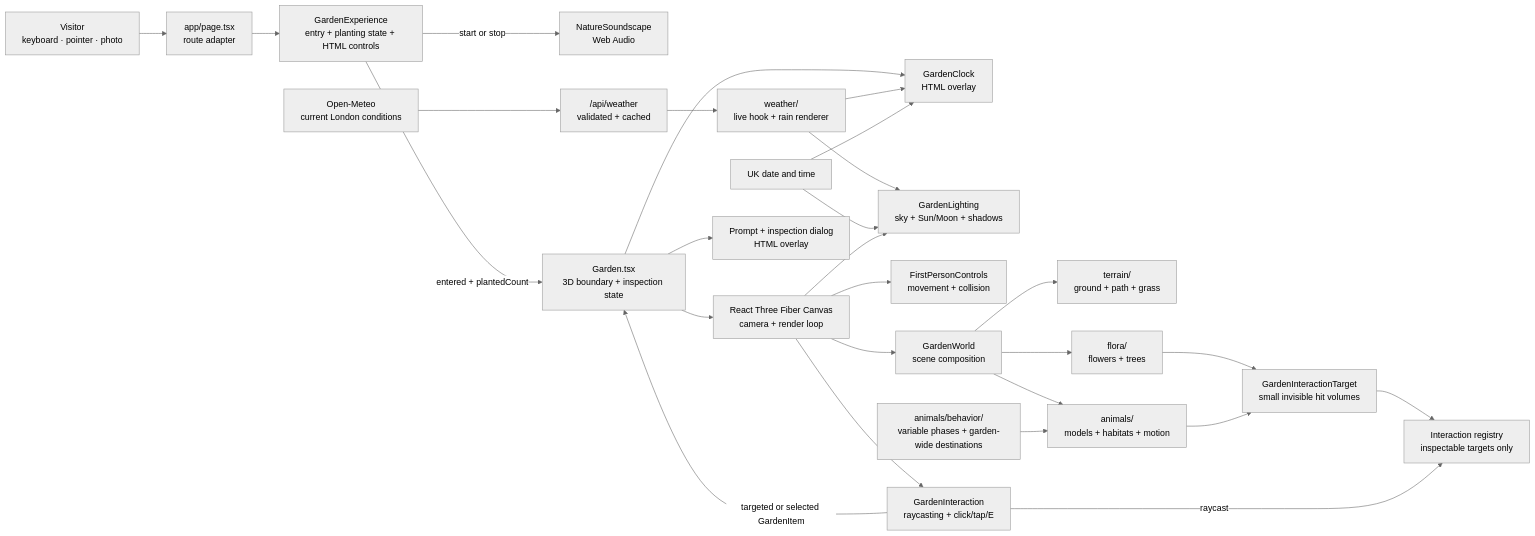
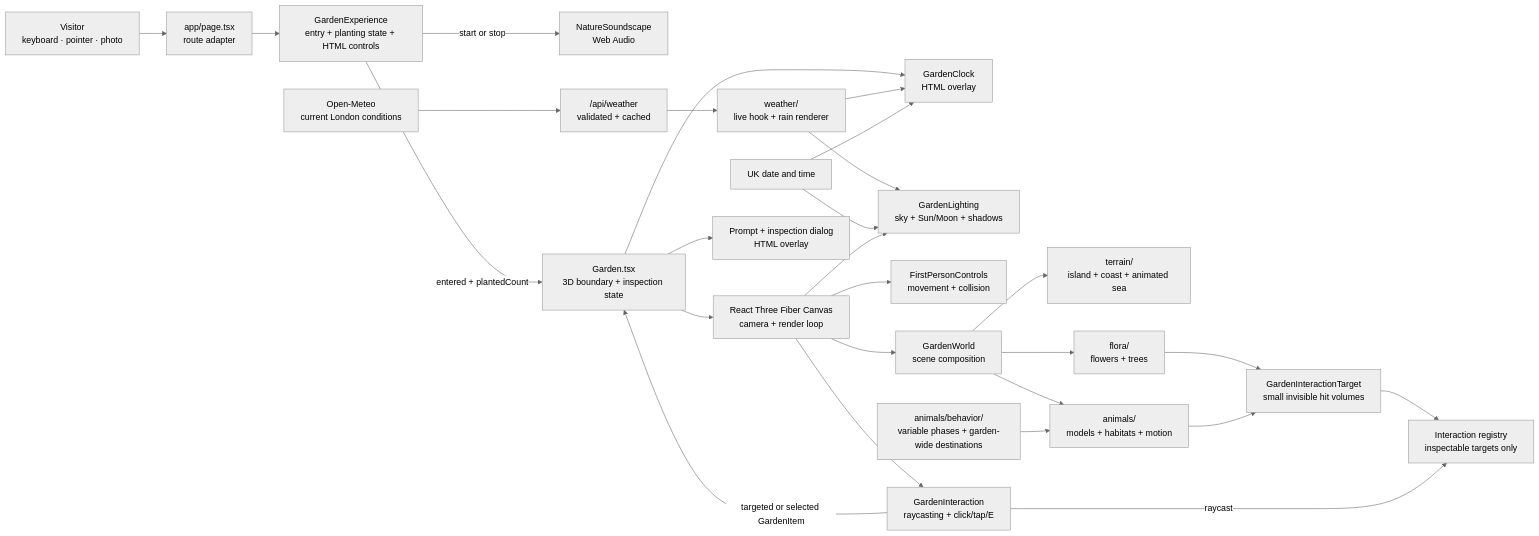
One commit to sophiaxuz/secret-garden changed the diagram in components/garden/README.md. Above: the diagram before and after it, drawn with Mermaid (neutral theme). The commit also changed other lines of this file and 8 other files, not shown here.

Commit message:
feat: surround the garden with an animated sea

````diff
--- a/components/garden/README.md
+++ b/components/garden/README.md
@@ -9,34 +9,34 @@
 ```mermaid
 flowchart LR
     Visitor["Visitor<br/>keyboard · pointer · photo"] --> Page["app/page.tsx<br/>route adapter"]
     Page --> Experience["GardenExperience<br/>entry + planting state + HTML controls"]
 
     Experience -->|start or stop| Audio["NatureSoundscape<br/>Web Audio"]
     Experience -->|entered + plantedCount| Garden["Garden.tsx<br/>3D boundary + inspection state"]
 
     Garden --> Clock["GardenClock<br/>HTML overlay"]
     Garden --> Canvas["React Three Fiber Canvas<br/>camera + render loop"]
     Provider["Open-Meteo<br/>current London conditions"] --> Route["/api/weather<br/>validated + cached"]
     Route --> Weather["weather/<br/>live hook + rain renderer"]
     Weather --> Clock
     Weather --> Lighting
     Time["UK date and time"] --> Lighting["GardenLighting<br/>sky + Sun/Moon + shadows"]
     Time --> Clock
 
     Canvas --> Lighting
     Canvas --> Navigation["FirstPersonControls<br/>movement + collision"]
     Canvas --> World["GardenWorld<br/>scene composition"]
     Canvas --> Interaction["GardenInteraction<br/>raycasting + click/tap/E"]
 
-    World --> Terrain["terrain/<br/>ground + path + grass"]
+    World --> Terrain["terrain/<br/>island + coast + animated sea"]
     World --> Flora["flora/<br/>flowers + trees"]
     World --> Animals["animals/<br/>models + habitats + motion"]
     Routine["animals/behavior/<br/>variable phases + garden-wide destinations"] --> Animals
 
     Flora --> Targets["GardenInteractionTarget<br/>small invisible hit volumes"]
     Animals --> Targets
     Targets --> Registry["Interaction registry<br/>inspectable targets only"]
     Interaction -->|raycast| Registry
     Interaction -->|targeted or selected GardenItem| Garden
     Garden --> UI["Prompt + inspection dialog<br/>HTML overlay"]
 ```
````
